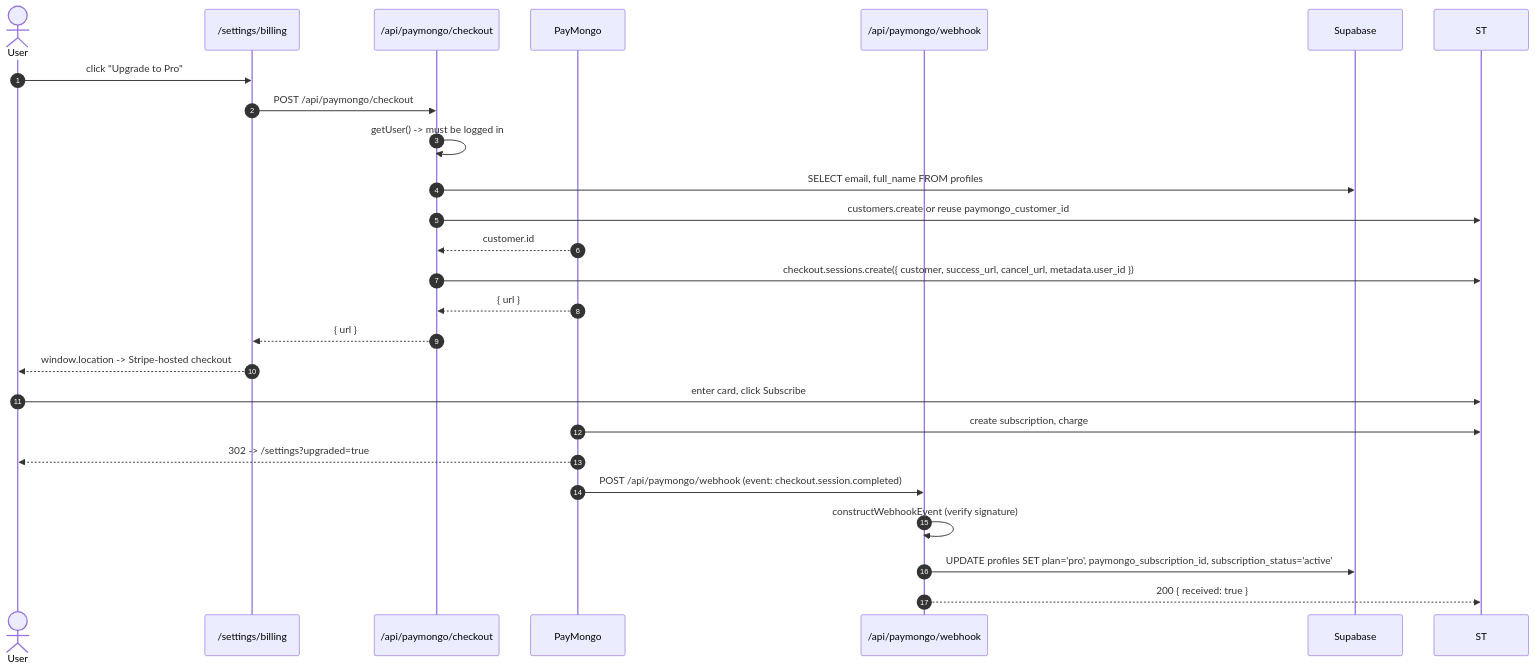
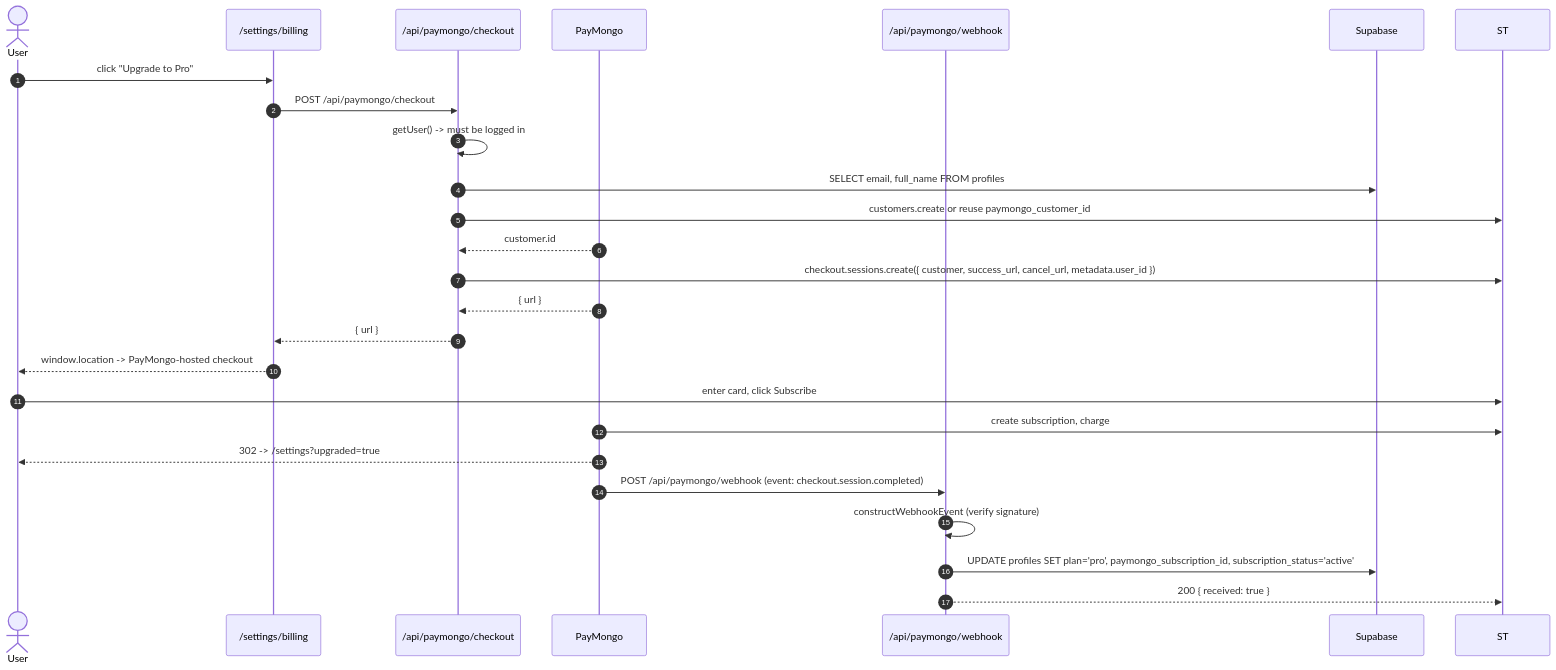
One commit to dream-creator/agentflow changed the seventh of 11 diagrams in docs/ARCHITECTURE-FLOW.md. Above: the diagram before and after it, drawn with Mermaid. The commit also changed other lines of this file and 9 other files, not shown here.

Commit message:
docs: replace remaining Stripe references with PayMongo

````diff
--- a/docs/ARCHITECTURE-FLOW.md
+++ b/docs/ARCHITECTURE-FLOW.md
@@ -208,29 +208,29 @@
 ```mermaid
 sequenceDiagram
     autonumber
     actor U as User
     participant S as /settings/billing
     participant API as /api/paymongo/checkout
     participant PM as PayMongo
     participant WH as /api/paymongo/webhook
     participant DB as Supabase
 
     U->>S: click "Upgrade to Pro"
     S->>API: POST /api/paymongo/checkout
     API->>API: getUser() -> must be logged in
     API->>DB: SELECT email, full_name FROM profiles
     API->>ST: customers.create or reuse paymongo_customer_id
     PM-->>API: customer.id
     API->>ST: checkout.sessions.create({ customer, success_url, cancel_url, metadata.user_id })
     PM-->>API: { url }
     API-->>S: { url }
-    S-->>U: window.location -> Stripe-hosted checkout
+    S-->>U: window.location -> PayMongo-hosted checkout
 
     U->>ST: enter card, click Subscribe
     PM->>ST: create subscription, charge
     PM-->>U: 302 -> /settings?upgraded=true
     PM->>WH: POST /api/paymongo/webhook (event: checkout.session.completed)
     WH->>WH: constructWebhookEvent (verify signature)
     WH->>DB: UPDATE profiles SET plan='pro', paymongo_subscription_id, subscription_status='active'
     WH-->>ST: 200 { received: true }
 ```
````
